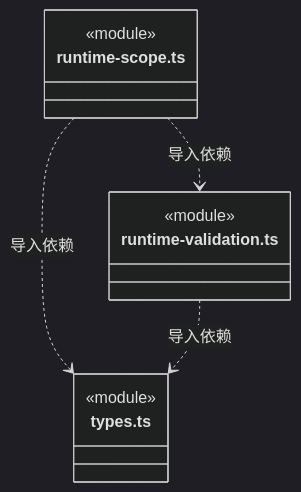
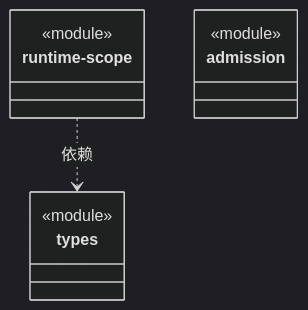
The diagram in src/logic/runtime/rules/ARCHITECTURE.md (nan023062/cbim), drawn with Mermaid (dark theme) before and after one commit. The commit also changed other lines of this file and 158 other files, not shown here.

Commit message:
docs: model architecture through nested virtual encapsulations

````diff
--- a/src/logic/runtime/rules/ARCHITECTURE.md
+++ b/src/logic/runtime/rules/ARCHITECTURE.md
@@ -465,15 +21,16 @@
 ```mermaid
 classDiagram
-class N_src_logic_runtime_rules_runtime_scope_ts["runtime-scope.ts"] {
+class N_f30fe0ee3196["runtime-scope"] {
   <<module>>
 }
-class N_src_logic_runtime_rules_runtime_validation_ts["runtime-validation.ts"] {
+click N_f30fe0ee3196 href "runtime-scope.ts"
+class N_ba32a9914fbb["types"] {
   <<module>>
 }
-class N_src_logic_runtime_rules_types_ts["types.ts"] {
+click N_ba32a9914fbb href "types.ts"
+class N_6c0585f87e57["admission"] {
   <<module>>
 }
-N_src_logic_runtime_rules_runtime_scope_ts ..> N_src_logic_runtime_rules_runtime_validation_ts : 导入依赖
-N_src_logic_runtime_rules_runtime_scope_ts ..> N_src_logic_runtime_rules_types_ts : 导入依赖
-N_src_logic_runtime_rules_runtime_validation_ts ..> N_src_logic_runtime_rules_types_ts : 导入依赖
+click N_6c0585f87e57 href "admission.ts"
+N_f30fe0ee3196 ..> N_ba32a9914fbb : 依赖
 ```
````
